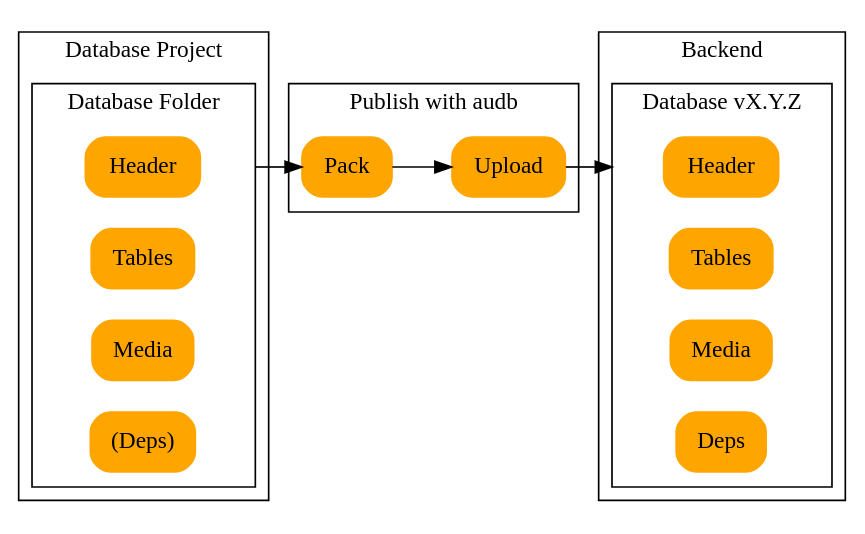
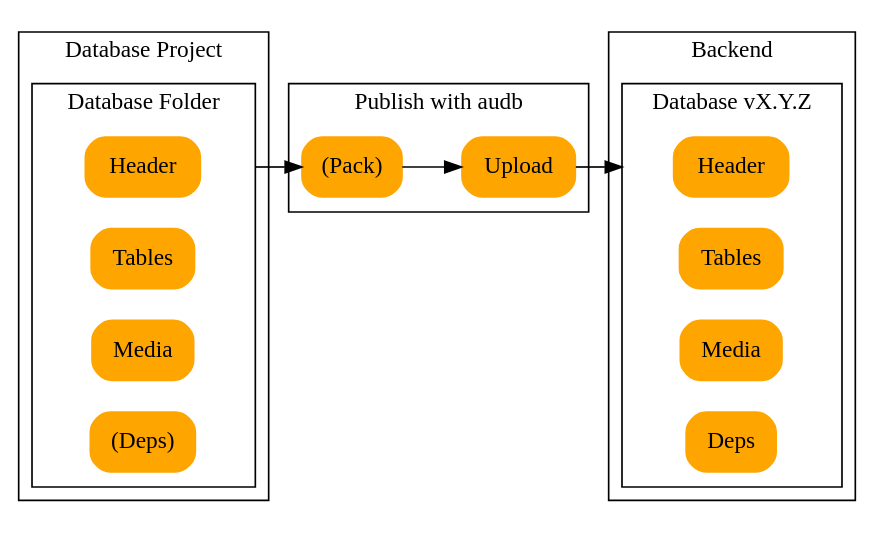
The diagram in docs/pics/publish.dot (audeering/audb), drawn with Graphviz before and after one commit. The commit also changed 2 other files, not shown here.

```diff
--- a/docs/pics/publish.dot
+++ b/docs/pics/publish.dot
@@ -1,40 +1,40 @@
 
 digraph G {
 
     rankdir=LR
     node[shape=Mrecord, style=filled, color=orange]
     compound=true
 
     subgraph cluster_project {
         label="Database Project"
         subgraph cluster_folder {
             label="Database Folder"
             header_in[label="Header"]
             tables_in[label="Tables"]
             media_in[label="Media"]
             deps_in[label="(Deps)"]
         }
     }
 
     subgraph cluster_publish {
         label="Publish with audb"
-        pack[label="Pack"]
+        pack[label="(Pack)"]
         upload[label="Upload"]
     }
 
     subgraph cluster_backend {
         label="Backend"
         subgraph cluster_database {
             label="Database vX.Y.Z"
             header_out[label="Header"]
             tables_out[label="Tables"]
             media_out[label="Media"]
             deps_out[label="Deps"]
         }
     }
 
     header_in->pack [ltail=cluster_folder]
     pack->upload
     upload->header_out [lhead=cluster_database]
 
 }
```
